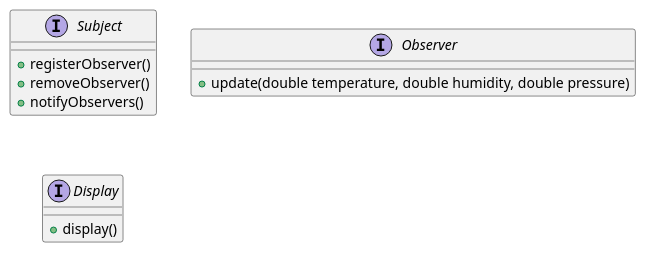
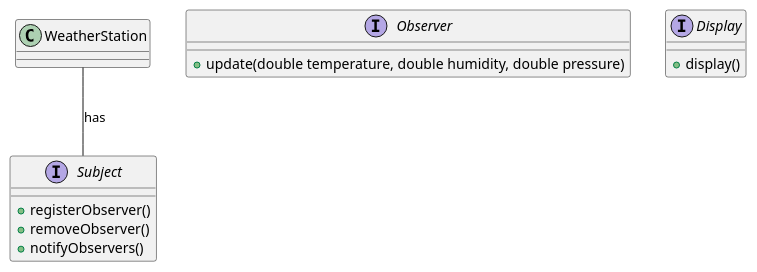
Before and after one commit to bburciaga/DesignPatterns: the diagram in ObserverPattern/class_diagram.puml, drawn with PlantUML.

Commit message:
updated uml

```diff
--- a/ObserverPattern/class_diagram.puml
+++ b/ObserverPattern/class_diagram.puml
@@ -3,17 +1,23 @@
 @startuml
 
 interface Subject {
   + registerObserver()
   + removeObserver()
   + notifyObservers()
 }
 
 interface Observer {
   + update(double temperature, double humidity, double pressure)
 }
 
 interface Display {
   + display()
 }
 
+class WeatherStation {
+
+}
+
+WeatherStation -- Subject : has
+
 @enduml
```
